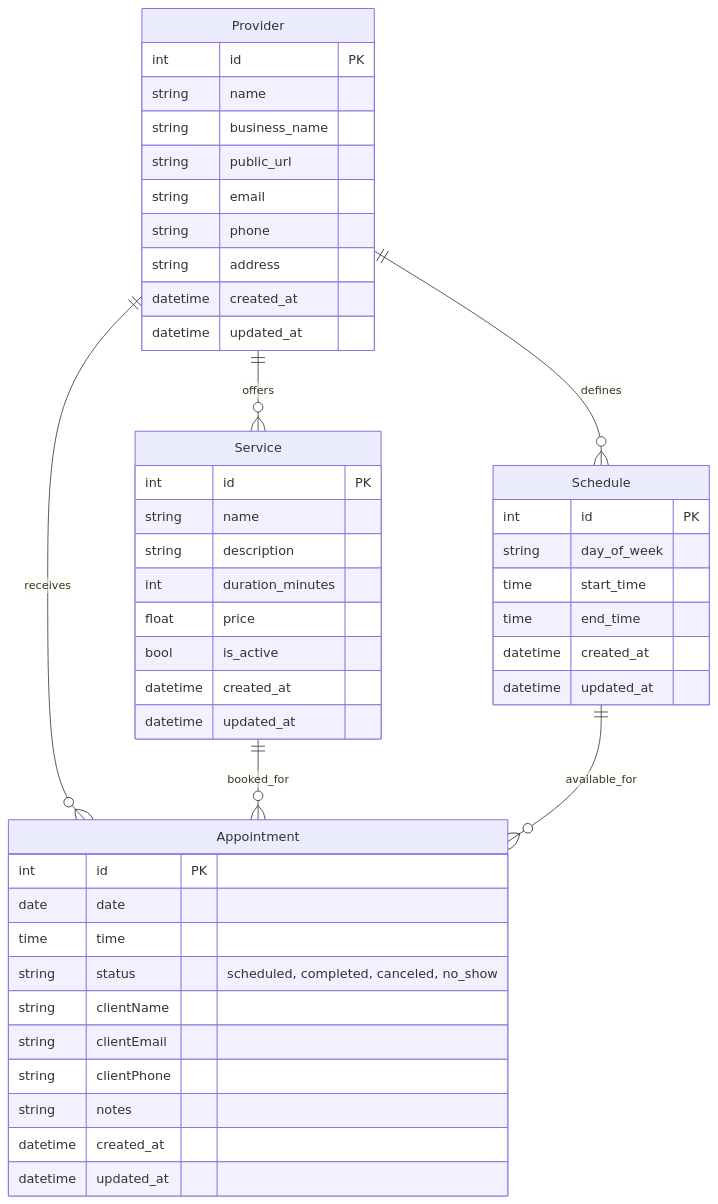
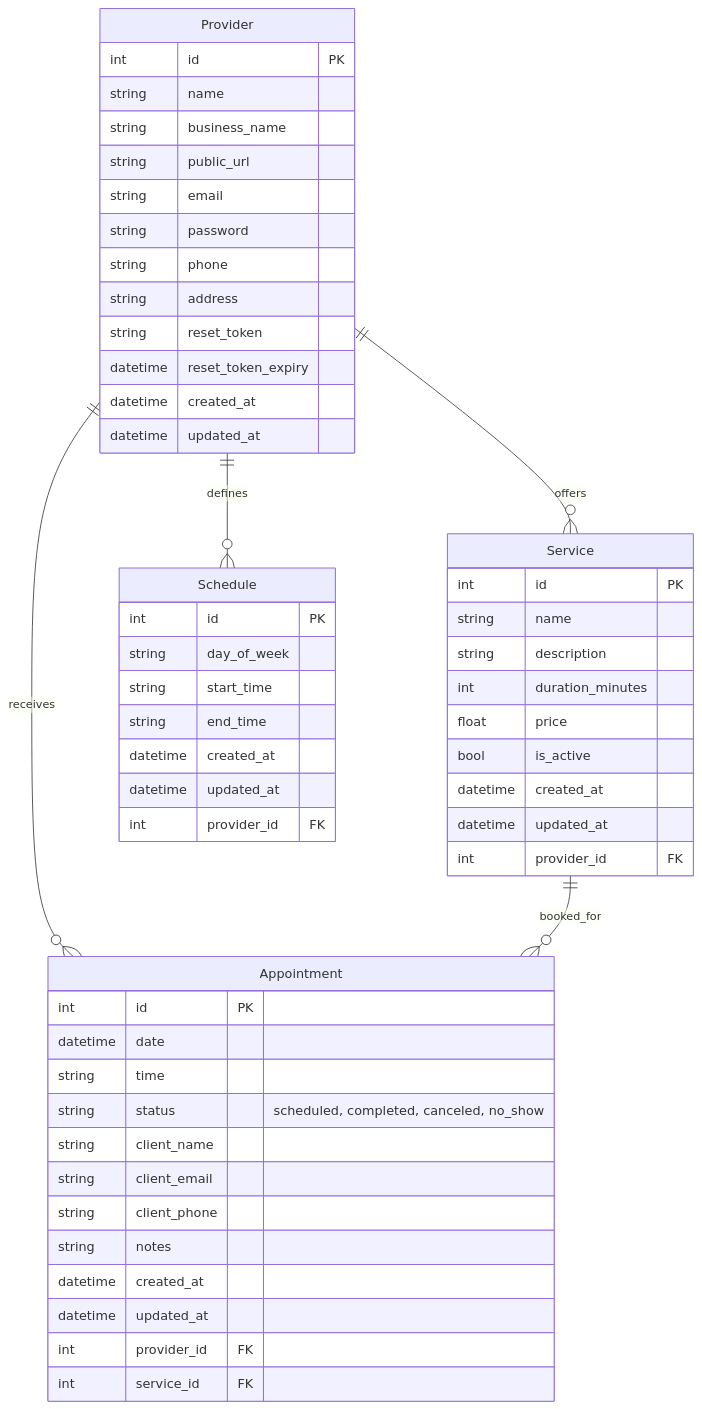
Before and after one commit to isabelacolucci/agenda-unica: the first of 2 diagrams in docs/levantamento-requisitos.md, drawn with Mermaid. The commit also changed 10 other files, not shown here.

Commit message:
refactor: update data models and authentication flow in documentation and schema

````diff
--- a/docs/levantamento-requisitos.md
+++ b/docs/levantamento-requisitos.md
@@ -53,49 +53,56 @@
 ```mermaid
 erDiagram
     Provider ||--o{ Service : offers
     Provider ||--o{ Schedule : defines
     Provider ||--o{ Appointment : receives
     Service ||--o{ Appointment : booked_for
-    Schedule ||--o{ Appointment : available_for
-    Appointment {
-        int id PK
-        date date
-        time time
-        string status "scheduled, completed, canceled, no_show"
-        string clientName
-        string clientEmail
-        string clientPhone
-        string notes
-        datetime created_at
-        datetime updated_at
-    }
+    
     Provider {
         int id PK
         string name
         string business_name
         string public_url
         string email
+        string password
         string phone
         string address
+        string reset_token
+        datetime reset_token_expiry
         datetime created_at
         datetime updated_at
     }
     Service {
         int id PK
         string name
         string description
         int duration_minutes
         float price
         bool is_active
         datetime created_at
         datetime updated_at
+        int provider_id FK
     }
     Schedule {
         int id PK
         string day_of_week
-        time start_time
-        time end_time
+        string start_time
+        string end_time
         datetime created_at
         datetime updated_at
+        int provider_id FK
+    }
+    Appointment {
+        int id PK
+        datetime date
+        string time
+        string status "scheduled, completed, canceled, no_show"
+        string client_name
+        string client_email
+        string client_phone
+        string notes
+        datetime created_at
+        datetime updated_at
+        int provider_id FK
+        int service_id FK
     }
 ```
````
